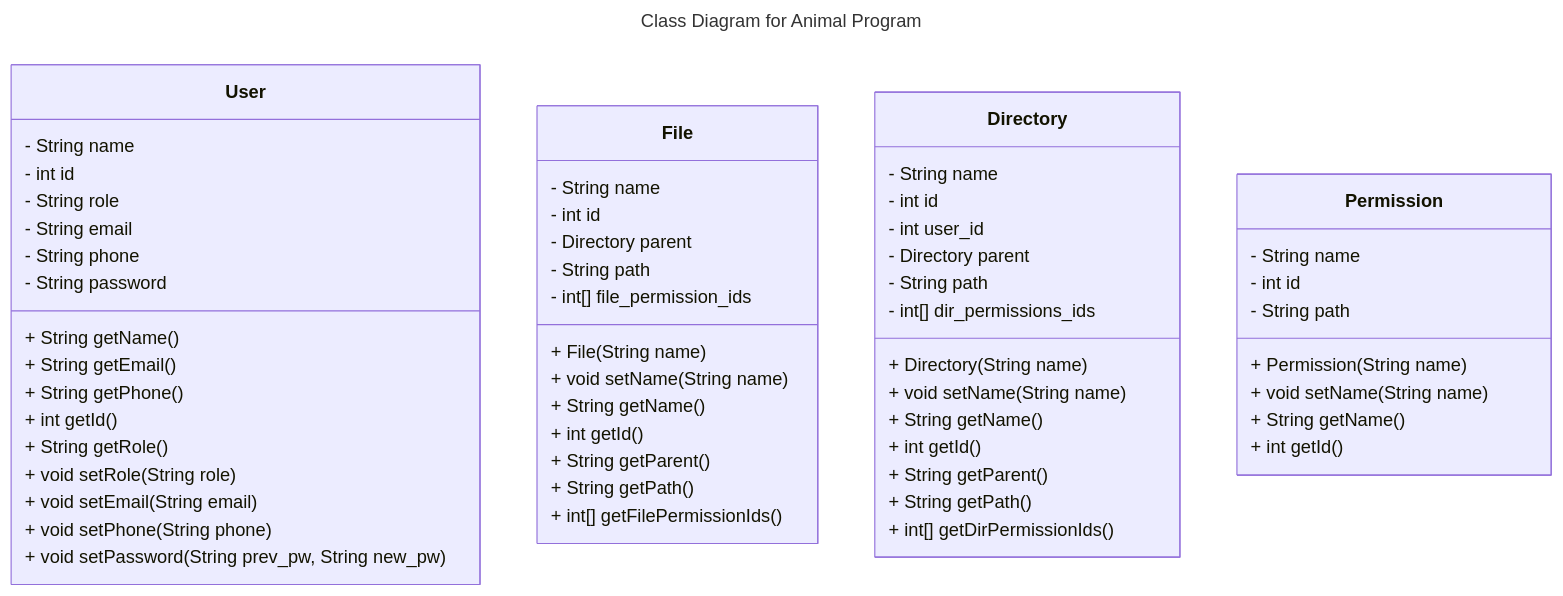
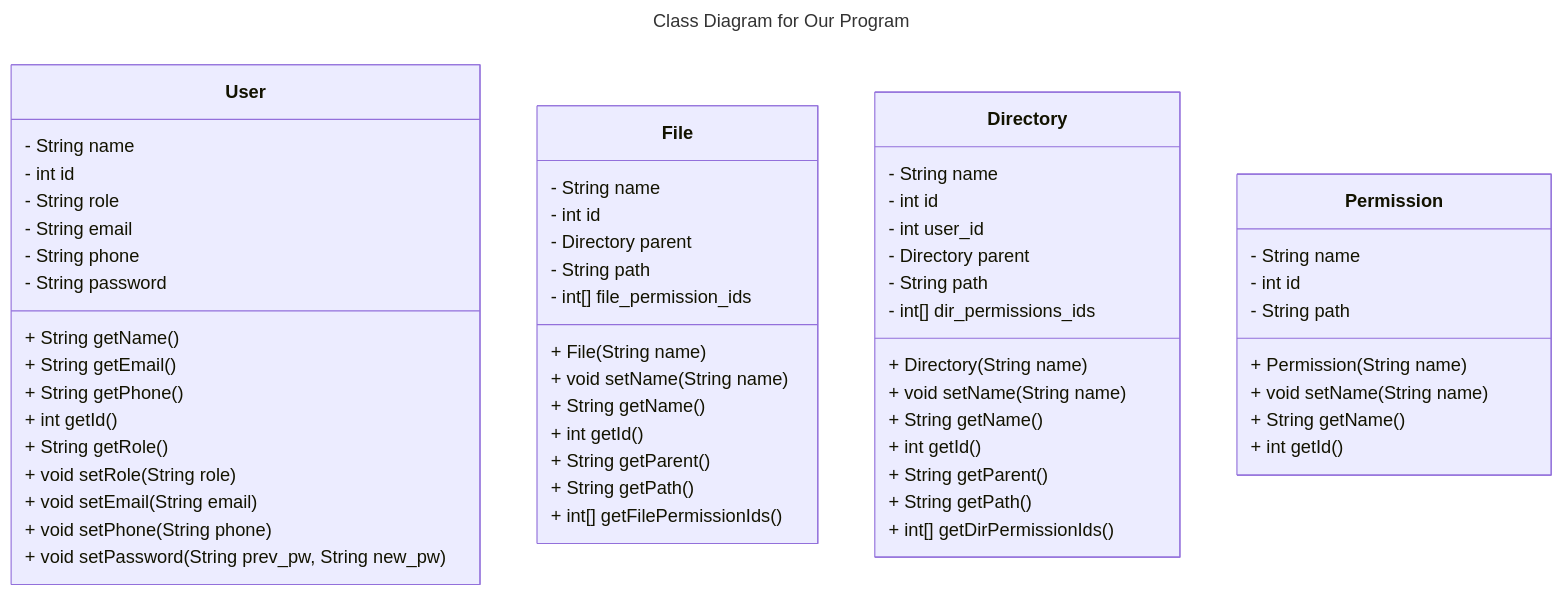
Before and after one commit to amdy87/MySQL-Filesystem: the third of 5 diagrams in README.md, drawn with Mermaid. The commit also changed other lines of this file, not shown here.

Commit message:
Update file README.md

````diff
--- a/README.md
+++ b/README.md
@@ -304,66 +306,66 @@
 ```mermaid
 ---
-title: Class Diagram for Animal Program
+title: Class Diagram for Our Program
 ---
 classDiagram
 
     class User{
         - String name
         - int id
         - String role
         - String email
         - String phone
         - String password
         + String getName()
         + String getEmail()
         + String getPhone()
         + int getId()
         + String getRole()
         + void setRole(String role)
         + void setEmail(String email)
         + void setPhone(String phone)
         + void setPassword(String prev_pw, String new_pw)
 
     }
     class File {
         - String name
         - int id
         - Directory parent
         - String path
         - int[] file_permission_ids
         + File(String name)
         + void setName(String name)
         + String getName()
         + int getId()
         + String getParent()
         + String getPath()
         + int[] getFilePermissionIds()
     }
 
     class Directory {
         - String name
         - int id
         - int user_id
         - Directory parent
         - String path
         - int[] dir_permissions_ids
         + Directory(String name)
         + void setName(String name)
         + String getName()
         + int getId()
         + String getParent()
         + String getPath()
         + int[] getDirPermissionIds()
     }
 
     class Permission {
         - String name
         - int id
         - String path
         + Permission(String name)
         + void setName(String name)
         + String getName()
         + int getId()
     }
    
 ```
````
